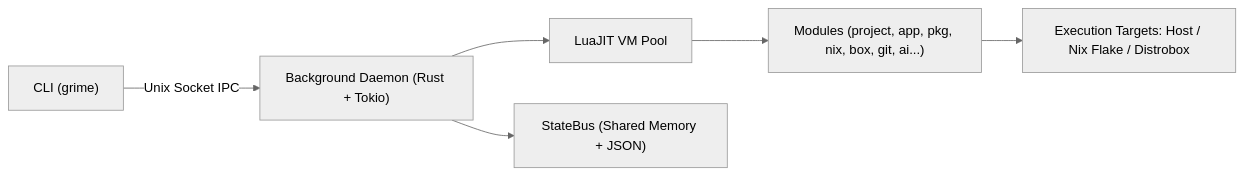
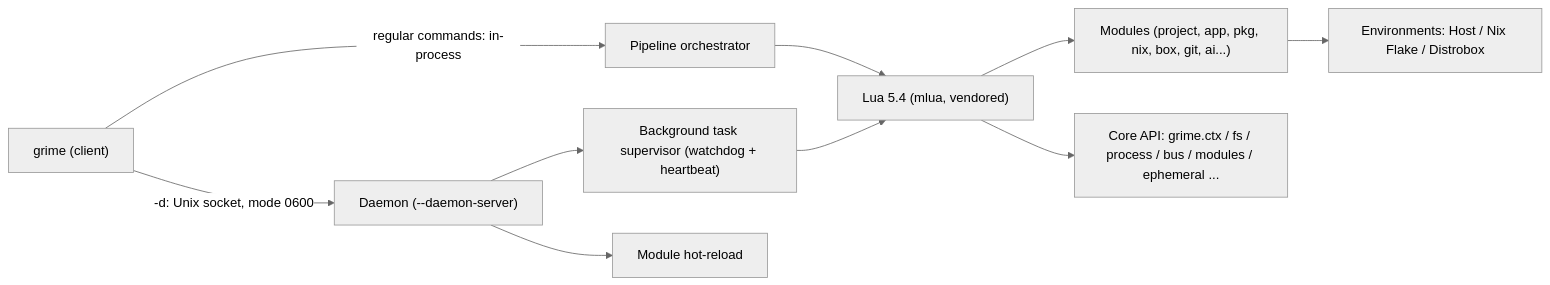
The diagram in README.en.md (GrimeVoid/grime-rust), drawn with Mermaid (neutral theme) before and after one commit. The commit also changed other lines of this file and 5 other files, not shown here.

First line of the commit message:
docs: rewrite README and documentation for the annotation-based architecture

````diff
--- a/README.en.md
+++ b/README.en.md
@@ -35,8 +42,12 @@
 ```mermaid
 flowchart LR
-    CLI["CLI (grime)"] -->|Unix Socket IPC| Daemon["Background Daemon (Rust + Tokio)"]
-    Daemon --> Pool["LuaJIT VM Pool"]
-    Daemon --> Bus["StateBus (Shared Memory + JSON)"]
-    Pool --> Modules["Modules (project, app, pkg, nix, box, git, ai...)"]
-    Modules --> Env["Execution Targets: Host / Nix Flake / Distrobox"]
+    CLI["grime (client)"] -->|regular commands: in-process| Orch["Pipeline orchestrator"]
+    CLI -->|"-d: Unix socket, mode 0600"| Daemon["Daemon (--daemon-server)"]
+    Daemon --> Sup["Background task supervisor (watchdog + heartbeat)"]
+    Daemon --> Reload["Module hot-reload"]
+    Orch --> Lua["Lua 5.4 (mlua, vendored)"]
+    Sup --> Lua
+    Lua --> Modules["Modules (project, app, pkg, nix, box, git, ai...)"]
+    Lua --> API["Core API: grime.ctx / fs / process / bus / modules / ephemeral ..."]
+    Modules --> Env["Environments: Host / Nix Flake / Distrobox"]
 ```
````
